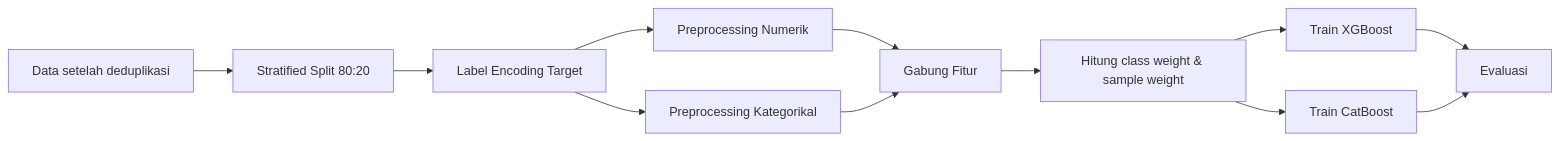
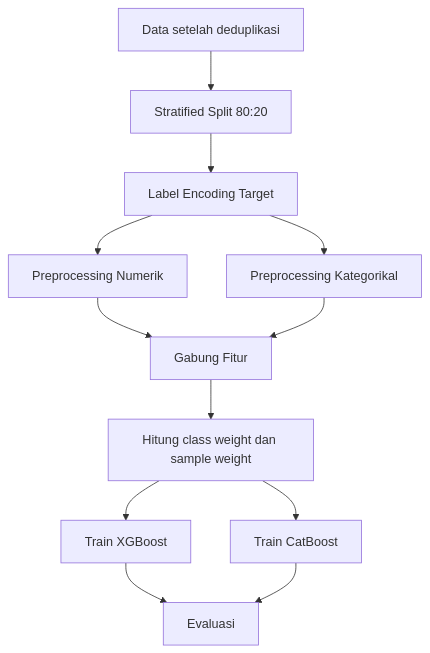
The third of 3 diagrams in Artikel_Jurnal_Sinta4_Analisis_Komparatif_XGBoost_CatBoost.md (Nantarachma/Kode_Skripsi_Notebook), drawn with Mermaid before and after one commit. The commit also changed other lines of this file, not shown here.

Commit message:
docs: refine formal terminology and flowchart consistency in method visuals
Agent-Logs-Url: https://github.com/Nantarachma/Kode_Skripsi_Notebook/sessions/d22278b6-36ab-4da0-b9da-a4669270eae3

````diff
--- a/Artikel_Jurnal_Sinta4_Analisis_Komparatif_XGBoost_CatBoost.md
+++ b/Artikel_Jurnal_Sinta4_Analisis_Komparatif_XGBoost_CatBoost.md
@@ -207,14 +207,14 @@
 ```mermaid
-flowchart LR
+flowchart TD
     A[Data setelah deduplikasi] --> B[Stratified Split 80:20]
     B --> C[Label Encoding Target]
     C --> D[Preprocessing Numerik]
     C --> E[Preprocessing Kategorikal]
     D --> F[Gabung Fitur]
     E --> F
-    F --> G[Hitung class weight & sample weight]
+    F --> G[Hitung class weight dan sample weight]
     G --> H[Train XGBoost]
     G --> I[Train CatBoost]
     H --> J[Evaluasi]
     I --> J
 ```
````
